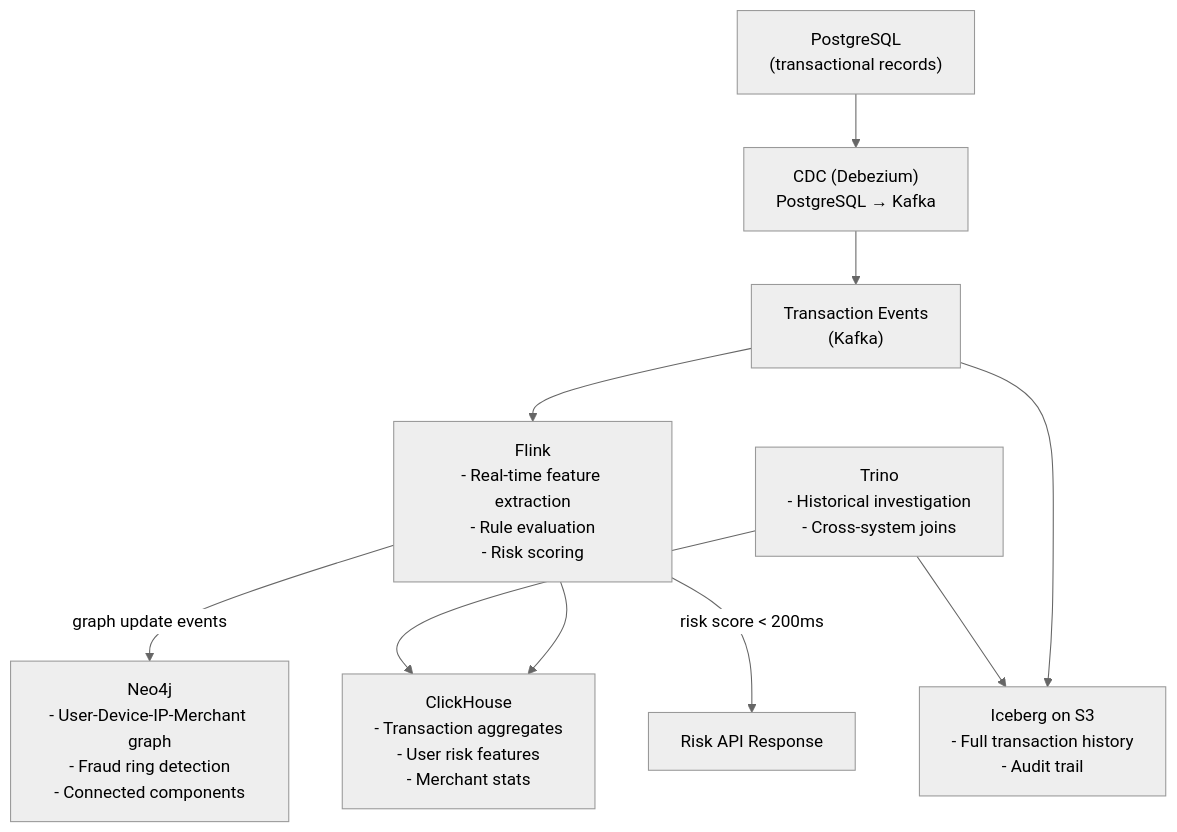
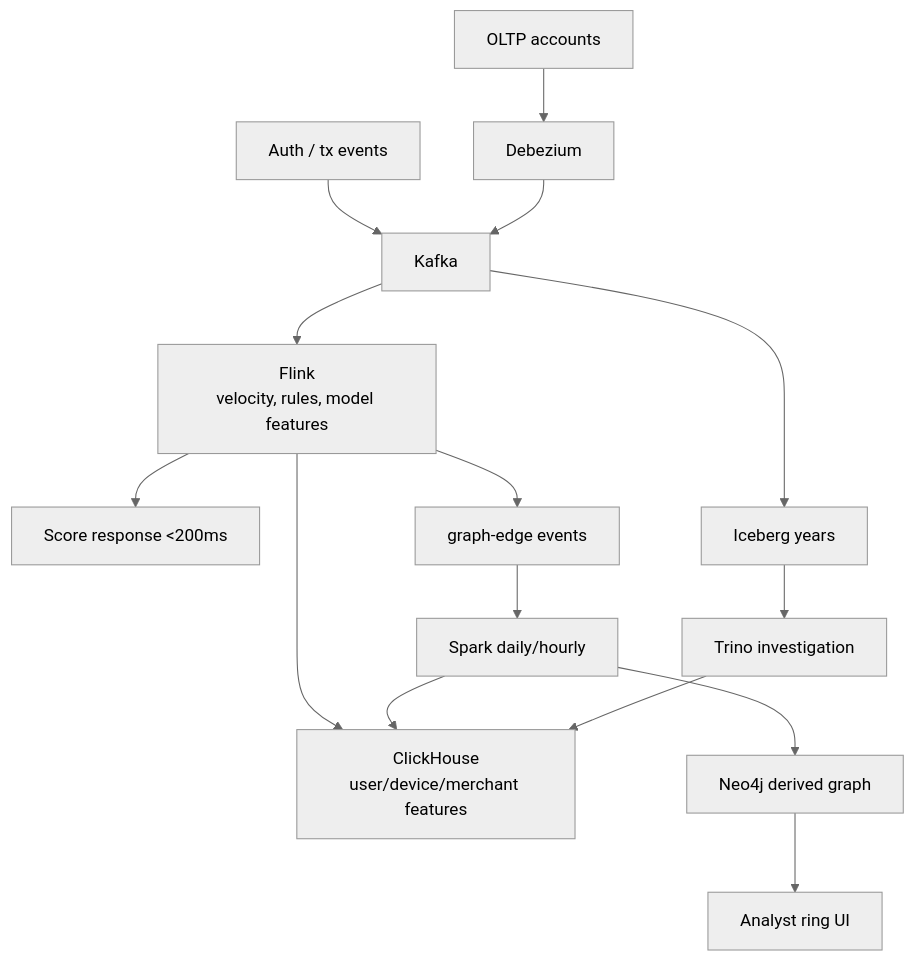
The diagram in docs/architectures/fraud.md (sanketn26/data-engineering), drawn with Mermaid (neutral theme) before and after one commit. The commit also changed other lines of this file and 107 other files, not shown here.

````diff
--- a/docs/architectures/fraud.md
+++ b/docs/architectures/fraud.md
@@ -28,21 +96,17 @@
 ```mermaid
 graph TD
-    TXN["Transaction Events\n(Kafka)"]
-    FLINK["Flink\n- Real-time feature extraction\n- Rule evaluation\n- Risk scoring"]
-    CH["ClickHouse\n- Transaction aggregates\n- User risk features\n- Merchant stats"]
-    NEO["Neo4j\n- User-Device-IP-Merchant graph\n- Fraud ring detection\n- Connected components"]
-    ICE["Iceberg on S3\n- Full transaction history\n- Audit trail"]
-    TRI["Trino\n- Historical investigation\n- Cross-system joins"]
-    CDC["CDC (Debezium)\nPostgreSQL → Kafka"]
-    PG["PostgreSQL\n(transactional records)"]
-
-    TXN --> FLINK
-    FLINK --> CH
-    FLINK -->|"graph update events"| NEO
-    FLINK -->|"risk score < 200ms"| Response["Risk API Response"]
-    CDC --> TXN
-    PG --> CDC
-    TXN --> ICE
-    TRI --> ICE
+    TX["Auth / tx events"] --> K["Kafka"]
+    K --> FL["Flink\nvelocity, rules, model features"]
+    FL --> API["Score response <200ms"]
+    FL --> CH["ClickHouse\nuser/device/merchant features"]
+    FL --> K2["graph-edge events"]
+    K --> ICE["Iceberg years"]
+    K2 --> BATCH["Spark daily/hourly"]
+    BATCH --> NEO["Neo4j derived graph"]
+    BATCH --> CH
+    ICE --> TRI["Trino investigation"]
     TRI --> CH
+    NEO --> INV["Analyst ring UI"]
+    PG["OLTP accounts"] --> CDC["Debezium"]
+    CDC --> K
 ```
````
